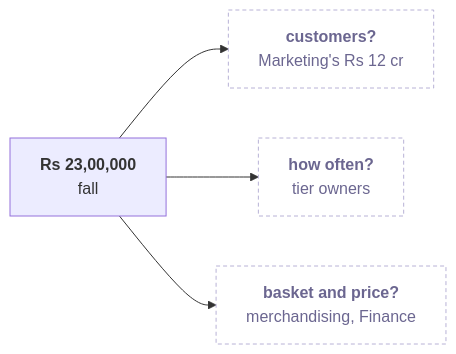
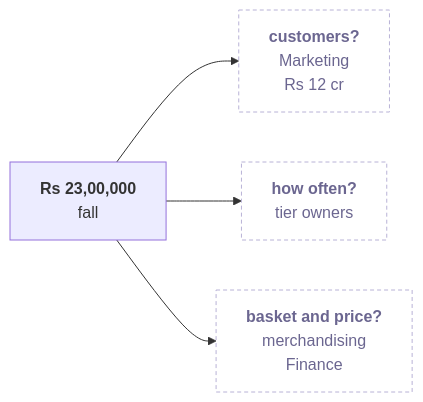
Diagram 11 of 26 in content/W01/D2/slides/C2_W01_D02_half1_STUDENT.md (fde-academy-lab/c2-content-factory), drawn with Mermaid before and after one commit. The commit also changed other lines of this file and 32 other files, not shown here.

````diff
--- a/content/W01/D2/slides/C2_W01_D02_half1_STUDENT.md
+++ b/content/W01/D2/slides/C2_W01_D02_half1_STUDENT.md
@@ -412,8 +412,8 @@
 ```mermaid
 flowchart LR
-    R["<b>Rs 23,00,000</b><br/>fall"] --> C["<b>customers?</b><br/>Marketing's Rs 12 cr"]
+    R["<b>Rs 23,00,000</b><br/>fall"] --> C["<b>customers?</b><br/>Marketing<br/>Rs 12 cr"]
     R --> F["<b>how often?</b><br/>tier owners"]
-    R --> V["<b>basket and price?</b><br/>merchandising, Finance"]
+    R --> V["<b>basket and price?</b><br/>merchandising<br/>Finance"]
     classDef unknown fill:#FFFFFF,stroke:#B8B2D6,color:#6B6690,stroke-dasharray:4 3
     class C,F,V unknown
 ```
````
